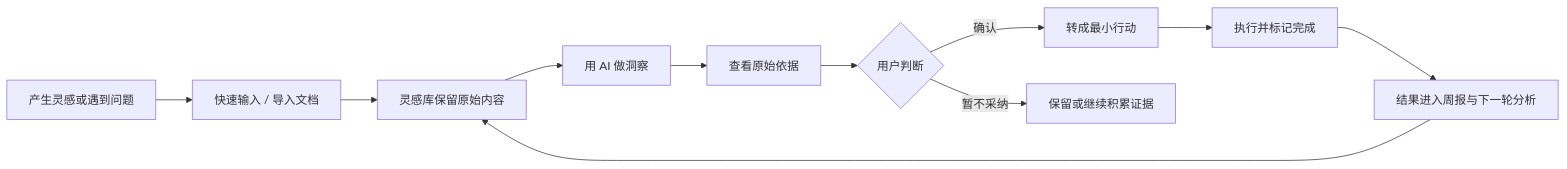
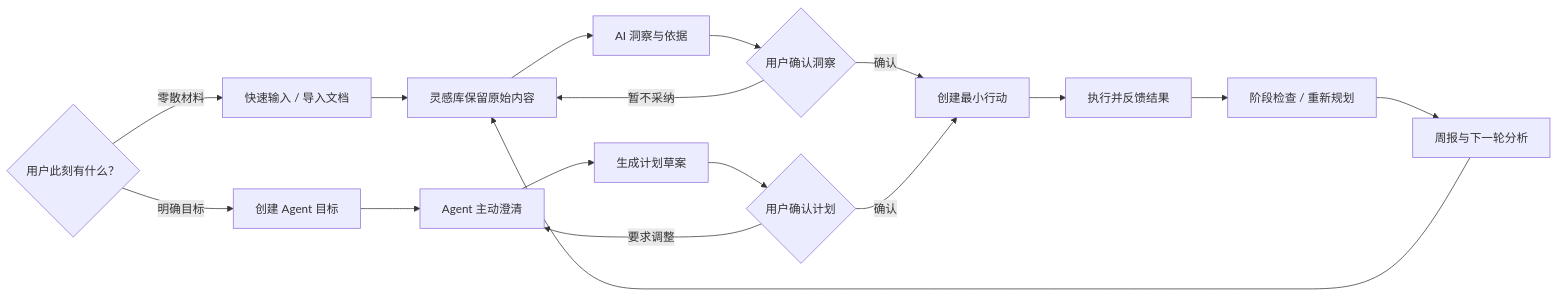
Before and after one commit to 22duxiaoyu/yinian: the first of 3 diagrams in docs/product/02-用户路径与功能架构.md, drawn with Mermaid. The commit also changed other lines of this file and 16 other files, not shown here.

````diff
--- a/docs/product/02-用户路径与功能架构.md
+++ b/docs/product/02-用户路径与功能架构.md
@@ -7,13 +7,20 @@
 ```mermaid
 flowchart LR
-    A["产生灵感或遇到问题"] --> B["快速输入 / 导入文档"]
+    A{"用户此刻有什么？"}
+    A -->|零散材料| B["快速输入 / 导入文档"]
     B --> C["灵感库保留原始内容"]
-    C --> D["用 AI 做洞察"]
-    D --> E["查看原始依据"]
-    E --> F{"用户判断"}
-    F -->|确认| G["转成最小行动"]
-    F -->|暂不采纳| H["保留或继续积累证据"]
-    G --> I["执行并标记完成"]
-    I --> J["结果进入周报与下一轮分析"]
-    J --> C
+    C --> D["AI 洞察与依据"]
+    D --> E{"用户确认洞察"}
+    A -->|明确目标| F["创建 Agent 目标"]
+    F --> G["Agent 主动澄清"]
+    G --> H["生成计划草案"]
+    H --> I{"用户确认计划"}
+    E -->|确认| J["创建最小行动"]
+    E -->|暂不采纳| C
+    I -->|确认| J
+    I -->|要求调整| G
+    J --> K["执行并反馈结果"]
+    K --> L["阶段检查 / 重新规划"]
+    L --> M["周报与下一轮分析"]
+    M --> C
 ```
````
